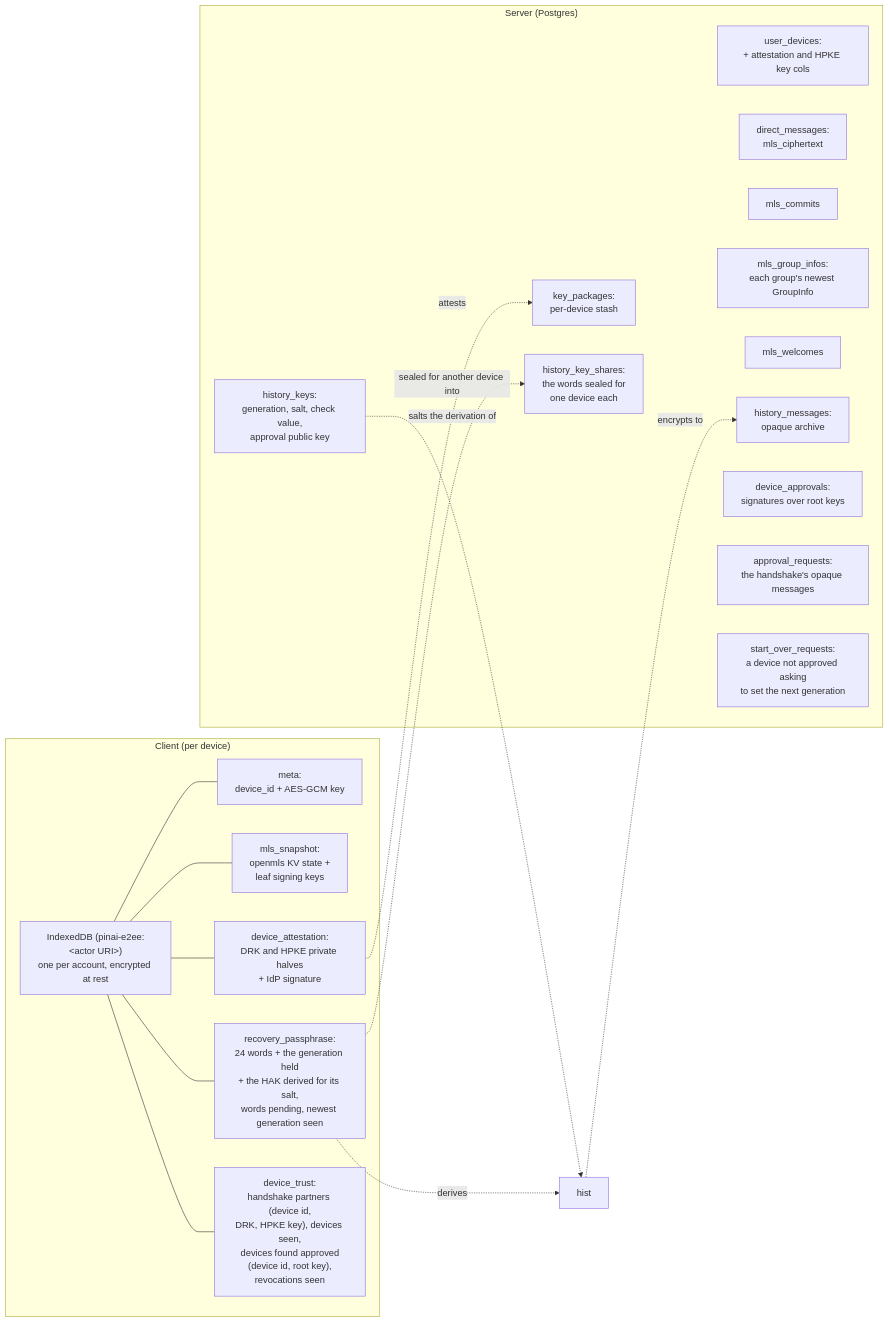
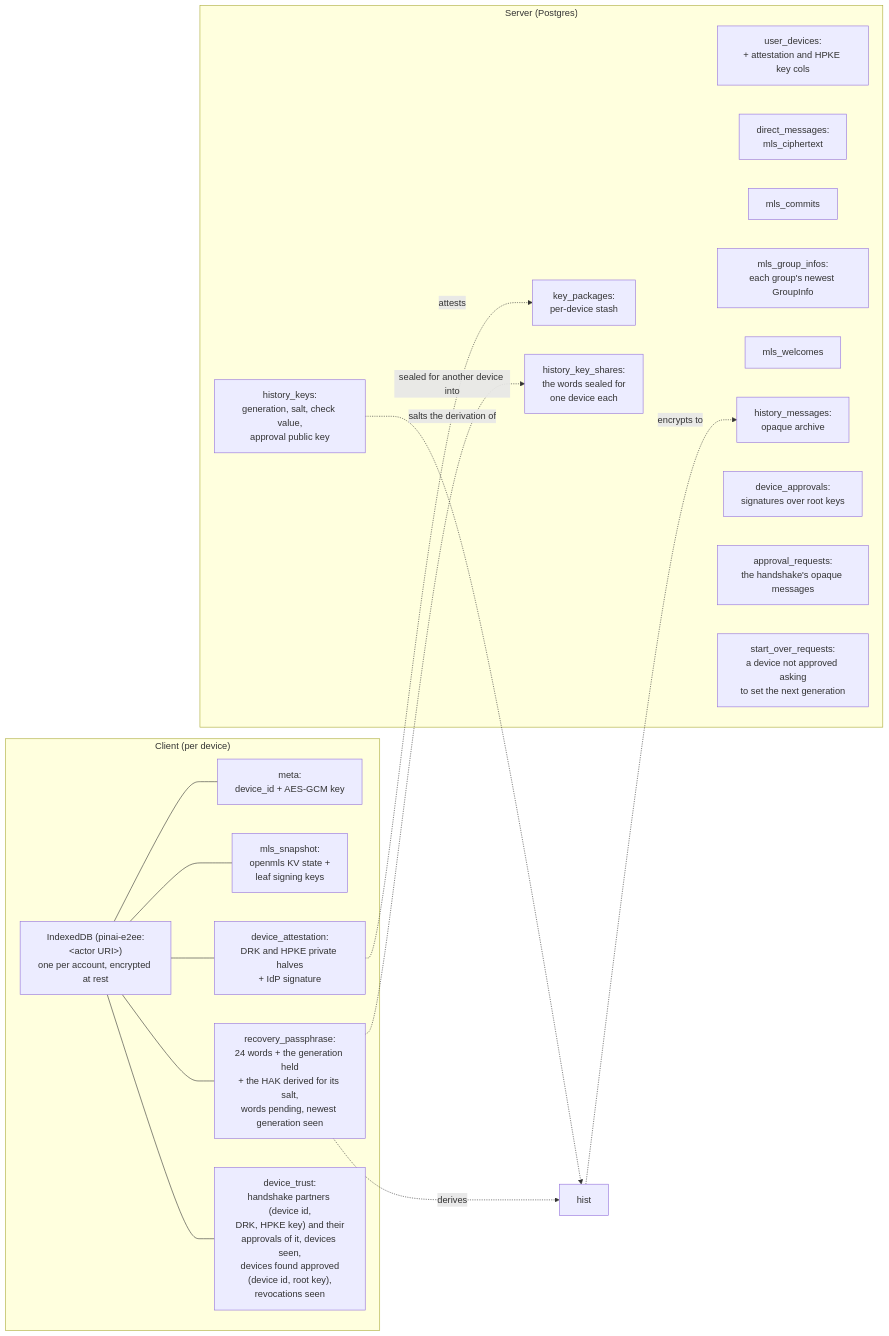
Diagram 22 of 22 in identity-provider/specs/e2ee.md (Pina-i/pinai), drawn with Mermaid before and after one commit. The commit also changed other lines of this file, not shown here.

First line of the commit message:
docs(e2ee): a leaf carries its device's approvals, a KeyPackage lives a year

````diff
--- a/identity-provider/specs/e2ee.md
+++ b/identity-provider/specs/e2ee.md
@@ -2497,30 +2544,30 @@
 ```mermaid
 flowchart LR
     subgraph client ["Client (per device)"]
         IDB["IndexedDB (pinai-e2ee:#lt;actor URI#gt;)<br/>one per account, encrypted at rest"]
         IDB --- meta["meta:<br/>device_id + AES-GCM key"]
         IDB --- ident["mls_snapshot:<br/>openmls KV state +<br/>leaf signing keys"]
         IDB --- att["device_attestation:<br/>DRK and HPKE private halves<br/>+ IdP signature"]
         IDB --- pass["recovery_passphrase:<br/>24 words + the generation held<br/>+ the HAK derived for its salt,<br/>words pending, newest generation seen"]
-        IDB --- trust["device_trust:<br/>handshake partners (device id,<br/>DRK, HPKE key), devices seen,<br/>devices found approved<br/>(device id, root key),<br/>revocations seen"]
+        IDB --- trust["device_trust:<br/>handshake partners (device id,<br/>DRK, HPKE key) and their<br/>approvals of it, devices seen,<br/>devices found approved<br/>(device id, root key),<br/>revocations seen"]
     end
     subgraph server ["Server (Postgres)"]
         UD["user_devices:<br/>+ attestation and HPKE key cols"]
         KP["key_packages:<br/>per-device stash"]
         DM["direct_messages:<br/>mls_ciphertext"]
         MC["mls_commits"]
         MG["mls_group_infos:<br/>each group's newest GroupInfo"]
         MW["mls_welcomes"]
         HM["history_messages:<br/>opaque archive"]
         HK["history_keys:<br/>generation, salt, check value,<br/>approval public key"]
         DA["device_approvals:<br/>signatures over root keys"]
         AR["approval_requests:<br/>the handshake's opaque messages"]
         KS["history_key_shares:<br/>the words sealed for<br/>one device each"]
         SO["start_over_requests:<br/>a device not approved asking<br/>to set the next generation"]
     end
     att -.->|attests| KP
     pass -.->|derives| hist
     hist -.->|encrypts to| HM
     HK -.->|salts the derivation of| hist
     pass -.->|sealed for another device into| KS
 ```
````
